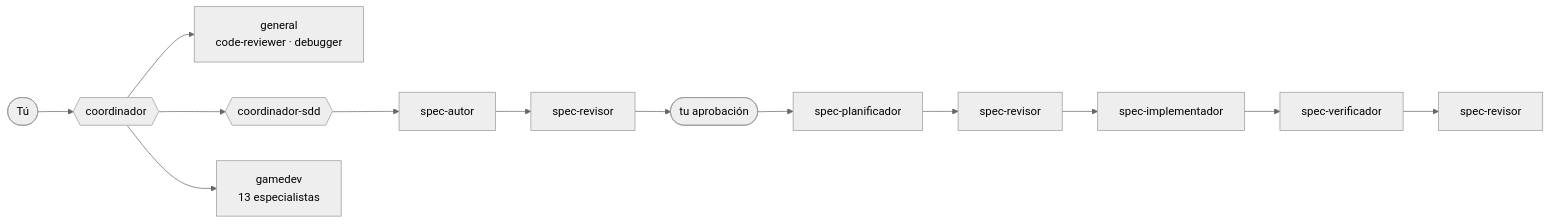
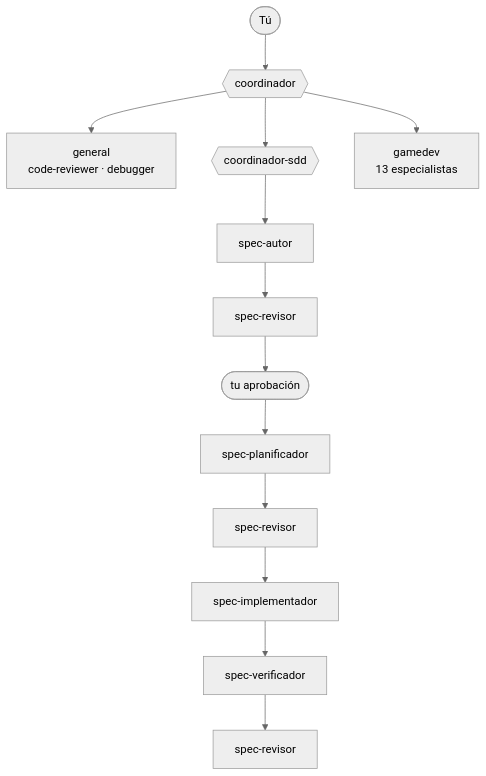
Before and after one commit to freddysae0/co-creators: the diagram in README.md, drawn with Mermaid (neutral theme).

Commit message:
docs: vertical agents diagram

````diff
--- a/README.md
+++ b/README.md
@@ -5,9 +5,9 @@
 ```mermaid
-flowchart LR
+flowchart TD
     U([Tú]) --> C{{coordinador}}
     C --> G[general<br/>code-reviewer · debugger]
     C --> S{{coordinador-sdd}}
     C --> GD[gamedev<br/>13 especialistas]
     S --> A[spec-autor] --> R1[spec-revisor] --> OK([tu aprobación])
     OK --> P[spec-planificador] --> R2[spec-revisor] --> I[spec-implementador] --> V[spec-verificador] --> R3[spec-revisor]
 ```
````
